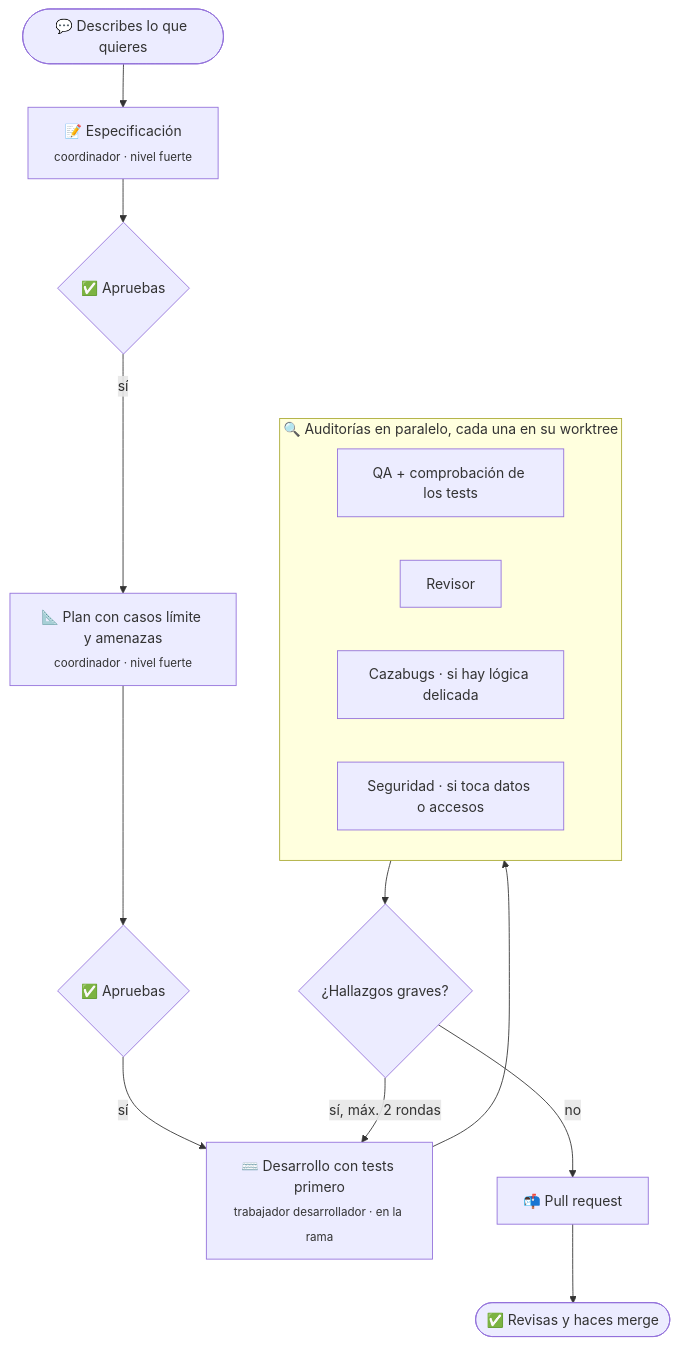
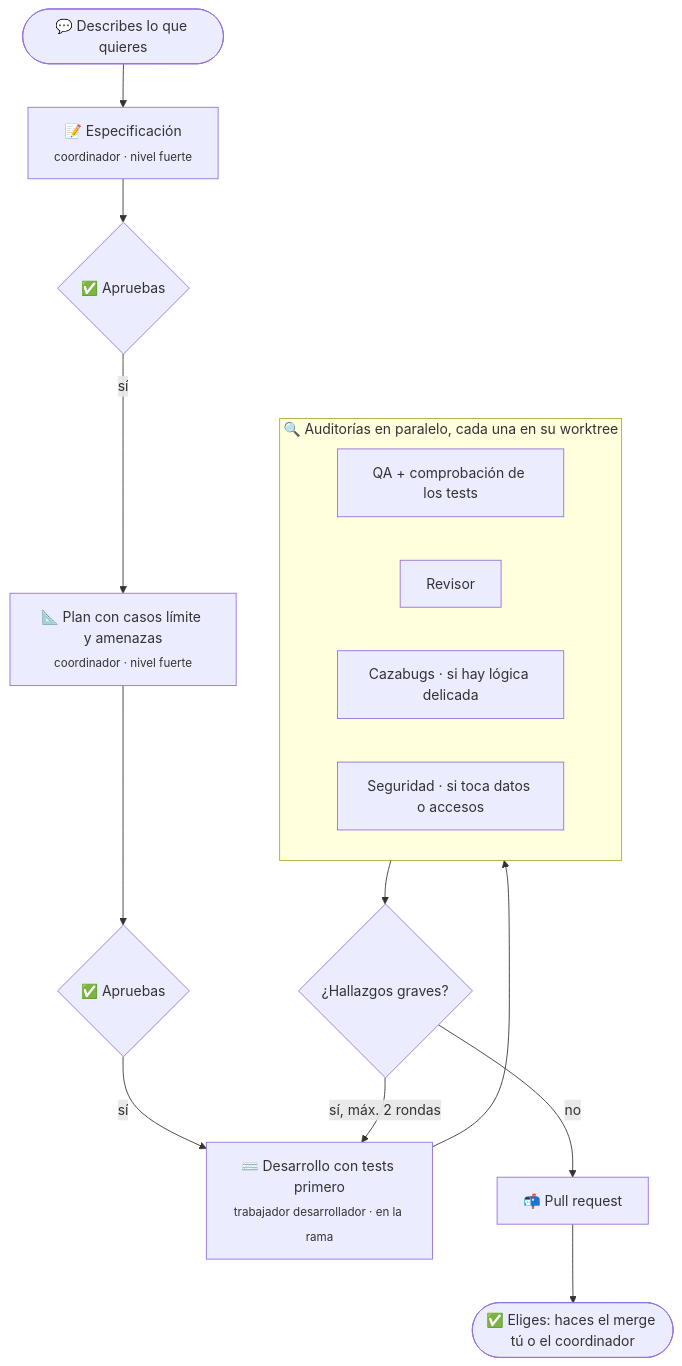
One commit to davidgarcia11/pilotfish changed the diagram in README.es.md. Above: the diagram before and after it, drawn with Mermaid. The commit also changed other lines of this file and 1 other file, not shown here.

Commit message:
docs: describe orca.yaml and the merge question

````diff
--- a/README.es.md
+++ b/README.es.md
@@ -46,19 +46,19 @@
 ```mermaid
 flowchart TD
     A([💬 Describes lo que quieres]) --> B[📝 Especificación<br/><sub>coordinador · nivel fuerte</sub>]
     B --> C{✅ Apruebas}
     C -->|sí| D[📐 Plan con casos límite y amenazas<br/><sub>coordinador · nivel fuerte</sub>]
     D --> E{✅ Apruebas}
     E -->|sí| F[⌨️ Desarrollo con tests primero<br/><sub>trabajador desarrollador · en la rama</sub>]
     F --> G
     subgraph G [🔍 Auditorías en paralelo, cada una en su worktree]
         G1[QA + comprobación de los tests]
         G2[Revisor]
         G3[Cazabugs · si hay lógica delicada]
         G4[Seguridad · si toca datos o accesos]
     end
     G --> H{¿Hallazgos graves?}
     H -->|sí, máx. 2 rondas| F
     H -->|no| I[📬 Pull request]
-    I --> J([✅ Revisas y haces merge])
+    I --> J([✅ Eliges: haces el merge tú o el coordinador])
 ```
````
